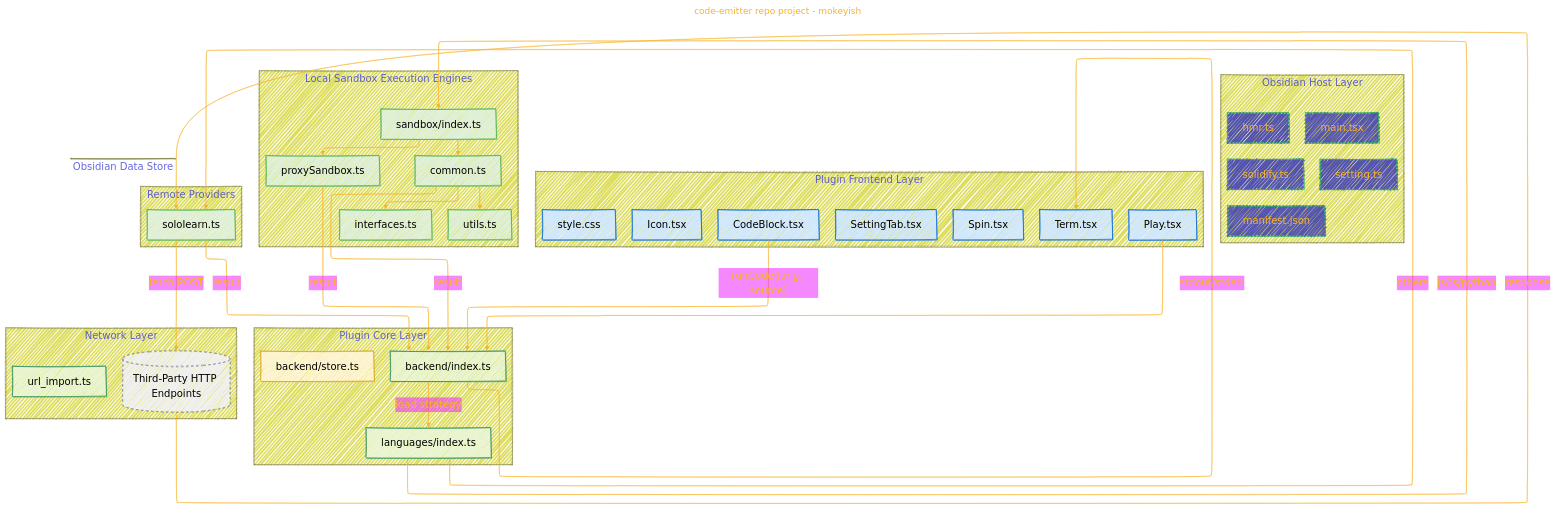
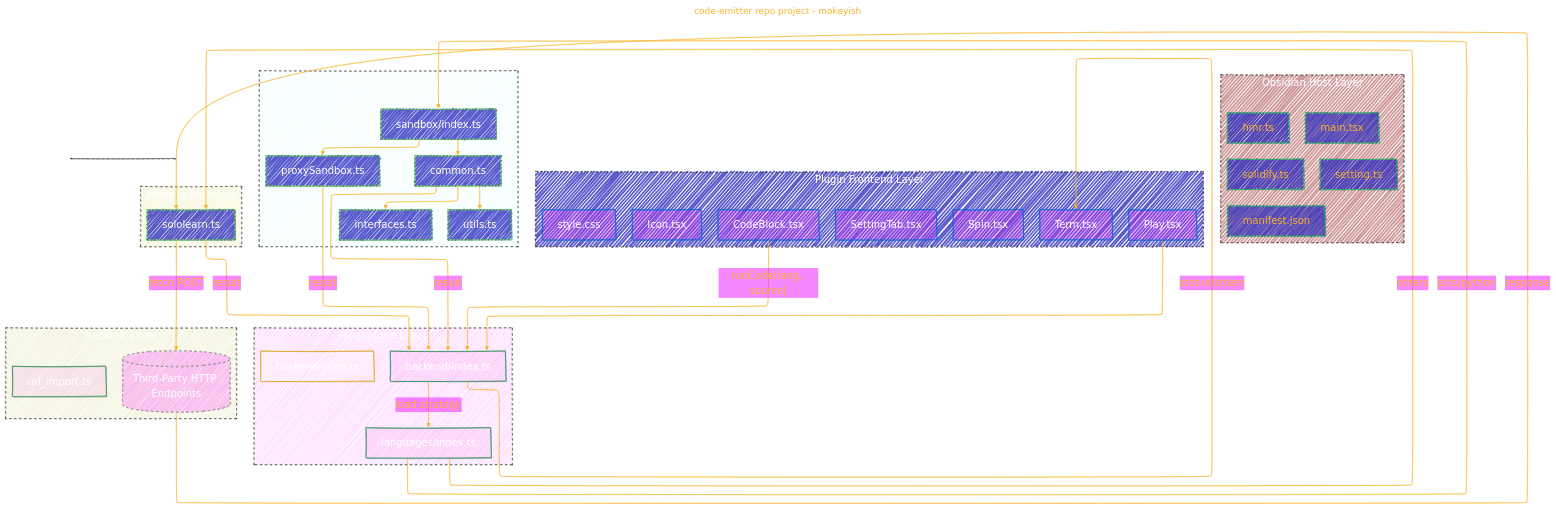
The first of 2 diagrams in OBSIDIAN_PLUGINS/code-emitter.md (CongLeSolutionX/ArchExplorer), drawn with Mermaid before and after one commit. The commit also changed other lines of this file, not shown here.

Commit message:
update notes

````diff
--- a/OBSIDIAN_PLUGINS/code-emitter.md
+++ b/OBSIDIAN_PLUGINS/code-emitter.md
@@ -75,115 +74,118 @@
   }
 }%%
 flowchart TD
-    %% Obsidian Host Layer
-    subgraph "Obsidian Host Layer"
-        direction TB
-        Manifest["manifest.json"] 
-        MainTS["main.tsx"]
-        HMR["hmr.ts"]
-        Solidify["solidify.ts"]
-        HostSetting["setting.ts"]
-    end
+  subgraph Obsidian_Host_Layer["Obsidian Host Layer"]
+  style Obsidian_Host_Layer fill:#9227,stroke:#333,stroke-width:1px,stroke-dasharray: 5 5, color:#FFFF
+  direction TB
+    Manifest["manifest.json"] 
+    MainTS["main.tsx"]
+    HMR["hmr.ts"]
+    Solidify["solidify.ts"]
+    HostSetting["setting.ts"]
+  end
 
-    %% Plugin Frontend Layer
-    subgraph "Plugin Frontend Layer"
-        direction TB
-        CodeBlock["CodeBlock.tsx"]:::ui
-        PlayBtn["Play.tsx"]:::ui
-        TermComp["Term.tsx"]:::ui
-        SpinComp["Spin.tsx"]:::ui
-        SettingTabUI["SettingTab.tsx"]:::ui
-        IconComp["Icon.tsx"]:::ui
-        UIStyle["style.css"]:::ui
-    end
+  subgraph Plugin_Frontend_Layer["Plugin Frontend Layer"]
+  style Plugin_Frontend_Layer fill:#22BB,stroke:#333,stroke-width:1px,stroke-dasharray: 5 5, color:#FFFF
+  direction TB
+    CodeBlock["CodeBlock.tsx"]:::ui
+    PlayBtn["Play.tsx"]:::ui
+    TermComp["Term.tsx"]:::ui
+    SpinComp["Spin.tsx"]:::ui
+    SettingTabUI["SettingTab.tsx"]:::ui
+    IconComp["Icon.tsx"]:::ui
+    UIStyle["style.css"]:::ui
+  end
 
-    %% Plugin Core Layer
-    subgraph "Plugin Core Layer"
-        direction TB
-        CoreIndex["backend/index.ts"]:::core
-        Store["backend/store.ts"]:::storage
-        LangIndex["languages/index.ts"]:::core
-    end
+  subgraph Plugin_Core_Layer["Plugin Core Layer"]
+  style Plugin_Core_Layer fill:#F2F2,stroke:#333,stroke-width:1px,stroke-dasharray: 5 5, color:#FFFF
+  direction TB
+    CoreIndex["backend/index.ts"]:::core
+    Store["backend/store.ts"]:::storage
+    LangIndex["languages/index.ts"]:::core
+  end
 
-    %% Execution Layer: Local Sandbox
-    subgraph "Local Sandbox Execution Engines"
-        direction TB
-        SandboxIndex["sandbox/index.ts"]:::exec
-        ProxySandbox["proxySandbox.ts"]:::exec
-        CommonSandbox["common.ts"]:::exec
-        UtilsSandbox["utils.ts"]:::exec
-        Interfaces["interfaces.ts"]:::exec
-    end
+  %% Execution Layer: Local Sandbox
+  subgraph Local_Sandbox_Execution_Engines["Local Sandbox Execution Engines"]
+  style Local_Sandbox_Execution_Engines fill:#BFF2,stroke:#333,stroke-width:1px,stroke-dasharray: 5 5, color:#FFFF
+  direction TB
+    SandboxIndex["sandbox/index.ts"]:::exec
+    ProxySandbox["proxySandbox.ts"]:::exec
+    CommonSandbox["common.ts"]:::exec
+    UtilsSandbox["utils.ts"]:::exec
+    Interfaces["interfaces.ts"]:::exec
+  end
 
-    %% Execution Layer: Remote Providers
-    subgraph "Remote Providers"
-        direction TB
-        SoloLearn["sololearn.ts"]:::exec
-    end
+  %% Execution Layer: Remote Providers
+  subgraph Remote_Providers["Remote Providers"]
+  style Remote_Providers fill:#CC22,stroke:#333,stroke-width:1px,stroke-dasharray: 5 5, color:#FFFF
+  direction TB
+    SoloLearn["sololearn.ts"]:::exec
+  end
 
-    %% Network Layer
-    subgraph "Network Layer"
-        direction TB
-        URLImport["url_import.ts"]:::core
-        ExternalService[(Third-Party HTTP Endpoints)]:::external
-    end
+  subgraph Network_Layer["Network Layer"]
+  style Network_Layer fill:#AA22,stroke:#333,stroke-width:1px,stroke-dasharray: 5 5, color:#FFFF
+  direction TB
+    URLImport["url_import.ts"]:::core
+    ExternalService[(Third-Party HTTP Endpoints)]:::external
+  end
 
-    %% Data Store
-    subgraph "Obsidian Data Store"
-        direction TB
-        Store
-        HostSetting
-    end
+  %% Data Store
+  subgraph Obsidian_Data_Store["Obsidian Data Store"]
+  style Obsidian_Data_Store fill:#DA22,stroke:#333,stroke-width:1px,stroke-dasharray: 5 5, color:#FFFF
+  direction TB
+    Store
+    HostSetting
+  end
 
-    %% Connections
-    CodeBlock -->|"runCode(lang, source)"| CoreIndex
-    PlayBtn --> CoreIndex
-    CoreIndex -->|"load strategy"| LangIndex
-    LangIndex -->|"js/ts/python"| SandboxIndex
-    SandboxIndex --> ProxySandbox
-    SandboxIndex --> CommonSandbox
-    CommonSandbox --> Interfaces
-    CommonSandbox --> UtilsSandbox
-    LangIndex -->|"others"| SoloLearn
-    SoloLearn -->|"fetch POST"| ExternalService
-    ExternalService -->|"response"| SoloLearn
-    ProxySandbox -->|"result"| CoreIndex
-    CommonSandbox -->|"result"| CoreIndex
-    SoloLearn -->|"result"| CoreIndex
-    CoreIndex -->|"stdout/stderr"| TermComp
+  %% Connections
+  CodeBlock -->|"runCode(lang, source)"| CoreIndex
+  PlayBtn --> CoreIndex
+  CoreIndex -->|"load strategy"| LangIndex
+  LangIndex -->|"js/ts/python"| SandboxIndex
+  SandboxIndex --> ProxySandbox
+  SandboxIndex --> CommonSandbox
+  CommonSandbox --> Interfaces
+  CommonSandbox --> UtilsSandbox
+  LangIndex -->|"others"| SoloLearn
+  SoloLearn -->|"fetch POST"| ExternalService
+  ExternalService -->|"response"| SoloLearn
+  ProxySandbox -->|"result"| CoreIndex
+  CommonSandbox -->|"result"| CoreIndex
+  SoloLearn -->|"result"| CoreIndex
+  CoreIndex -->|"stdout/stderr"| TermComp
 
-    %% Click Events
-    click Manifest "https://github.com/mokeyish/obsidian-code-emitter/blob/main/manifest.json"
-    click MainTS "https://github.com/mokeyish/obsidian-code-emitter/blob/main/src/main.tsx"
-    click HMR "https://github.com/mokeyish/obsidian-code-emitter/blob/main/src/hmr.ts"
-    click Solidify "https://github.com/mokeyish/obsidian-code-emitter/blob/main/src/solidify.ts"
-    click HostSetting "https://github.com/mokeyish/obsidian-code-emitter/blob/main/src/setting.ts"
+  %% Click Events
+  click Manifest "https://github.com/mokeyish/obsidian-code-emitter/blob/main/manifest.json"
+  click MainTS "https://github.com/mokeyish/obsidian-code-emitter/blob/main/src/main.tsx"
+  click HMR "https://github.com/mokeyish/obsidian-code-emitter/blob/main/src/hmr.ts"
+  click Solidify "https://github.com/mokeyish/obsidian-code-emitter/blob/main/src/solidify.ts"
+  click HostSetting "https://github.com/mokeyish/obsidian-code-emitter/blob/main/src/setting.ts"
 
-    click CodeBlock "https://github.com/mokeyish/obsidian-code-emitter/blob/main/src/components/CodeBlock.tsx"
-    click PlayBtn "https://github.com/mokeyish/obsidian-code-emitter/blob/main/src/components/Play.tsx"
-    click TermComp "https://github.com/mokeyish/obsidian-code-emitter/blob/main/src/components/Term.tsx"
-    click SpinComp "https://github.com/mokeyish/obsidian-code-emitter/blob/main/src/components/Spin.tsx"
-    click SettingTabUI "https://github.com/mokeyish/obsidian-code-emitter/blob/main/src/components/SettingTab.tsx"
-    click IconComp "https://github.com/mokeyish/obsidian-code-emitter/blob/main/src/components/Icon.tsx"
-    click UIStyle "https://github.com/mokeyish/obsidian-code-emitter/blob/main/src/style.css"
+  click CodeBlock "https://github.com/mokeyish/obsidian-code-emitter/blob/main/src/components/CodeBlock.tsx"
+  click PlayBtn "https://github.com/mokeyish/obsidian-code-emitter/blob/main/src/components/Play.tsx"
+  click TermComp "https://github.com/mokeyish/obsidian-code-emitter/blob/main/src/components/Term.tsx"
+  click SpinComp "https://github.com/mokeyish/obsidian-code-emitter/blob/main/src/components/Spin.tsx"
+  click SettingTabUI "https://github.com/mokeyish/obsidian-code-emitter/blob/main/src/components/SettingTab.tsx"
+  click IconComp "https://github.com/mokeyish/obsidian-code-emitter/blob/main/src/components/Icon.tsx"
+  click UIStyle "https://github.com/mokeyish/obsidian-code-emitter/blob/main/src/style.css"
 
-    click CoreIndex "https://github.com/mokeyish/obsidian-code-emitter/blob/main/src/backend/index.ts"
-    click Store "https://github.com/mokeyish/obsidian-code-emitter/blob/main/src/backend/store.ts"
+  click CoreIndex "https://github.com/mokeyish/obsidian-code-emitter/blob/main/src/backend/index.ts"
+  click Store "https://github.com/mokeyish/obsidian-code-emitter/blob/main/src/backend/store.ts"
 
-    click LangIndex "https://github.com/mokeyish/obsidian-code-emitter/blob/main/src/backend/languages/index.ts"
-    click ProxySandbox "https://github.com/mokeyish/obsidian-code-emitter/blob/main/src/lib/sandbox/proxySandbox.ts"
-    click CommonSandbox "https://github.com/mokeyish/obsidian-code-emitter/blob/main/src/lib/sandbox/common.ts"
-    click SandboxIndex "https://github.com/mokeyish/obsidian-code-emitter/blob/main/src/lib/sandbox/index.ts"
-    click UtilsSandbox "https://github.com/mokeyish/obsidian-code-emitter/blob/main/src/lib/sandbox/utils.ts"
-    click Interfaces "https://github.com/mokeyish/obsidian-code-emitter/blob/main/src/lib/sandbox/interfaces.ts"
+  click LangIndex "https://github.com/mokeyish/obsidian-code-emitter/blob/main/src/backend/languages/index.ts"
+  click ProxySandbox "https://github.com/mokeyish/obsidian-code-emitter/blob/main/src/lib/sandbox/proxySandbox.ts"
+  click CommonSandbox "https://github.com/mokeyish/obsidian-code-emitter/blob/main/src/lib/sandbox/common.ts"
+  click SandboxIndex "https://github.com/mokeyish/obsidian-code-emitter/blob/main/src/lib/sandbox/index.ts"
+  click UtilsSandbox "https://github.com/mokeyish/obsidian-code-emitter/blob/main/src/lib/sandbox/utils.ts"
+  click Interfaces "https://github.com/mokeyish/obsidian-code-emitter/blob/main/src/lib/sandbox/interfaces.ts"
 
-    click SoloLearn "https://github.com/mokeyish/obsidian-code-emitter/blob/main/src/backend/providers/sololearn.ts"
-    click URLImport "https://github.com/mokeyish/obsidian-code-emitter/blob/main/src/lib/url_import.ts"
+  click SoloLearn "https://github.com/mokeyish/obsidian-code-emitter/blob/main/src/backend/providers/sololearn.ts"
+  click URLImport "https://github.com/mokeyish/obsidian-code-emitter/blob/main/src/lib/url_import.ts"
 
-    %% Styles
-    classDef ui fill:#D0E8FF,stroke:#0366D6,color:#000
-    classDef core fill:#E8F5D0,stroke:#2E8B57,color:#000
-    classDef exec fill:#DFF0D8,stroke:#4CAF50,color:#000
-    classDef storage fill:#FFF4D0,stroke:#DAA520,color:#000
-    classDef external fill:#F0F0F0,stroke-dasharray: 5 5,stroke:#888,color:#000
+  %% Styles
+  classDef ui fill:#D2F5,stroke:#0366D6,color:#FFFF
+  classDef core fill:#E5D2,stroke:#2E8B57,color:#FFFF
+  classDef exec fill:#22BB,stroke:#4CAF50,color:#FFFF
+  classDef storage fill:#FFD2,stroke:#DAA520,color:#FFFF
+  classDef external fill:#F2F4,stroke-dasharray: 5 5,stroke:#888,color:#FFFF
 ```
````
